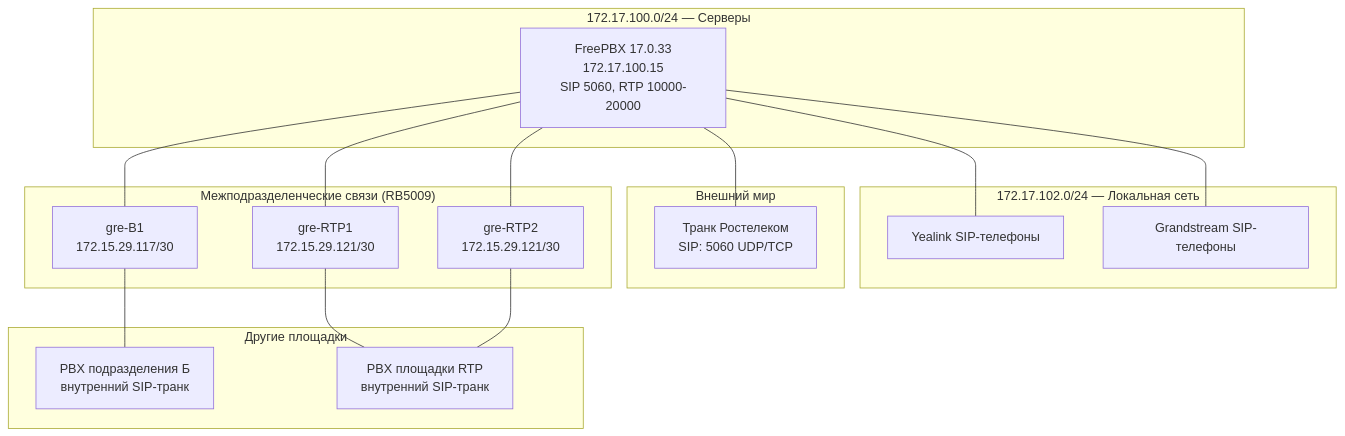
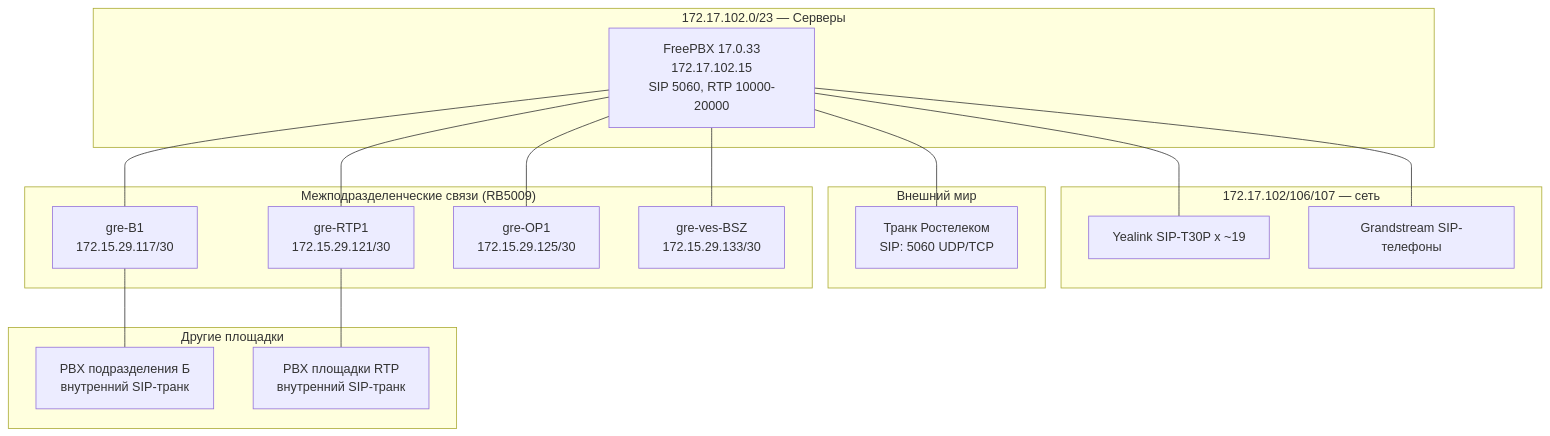
The diagram in voip.md (pbolkhovitin/bsz), drawn with Mermaid before and after one commit. The commit also changed other lines of this file and 16 other files, not shown here.

````diff
--- a/voip.md
+++ b/voip.md
@@ -11,36 +11,37 @@
 ```mermaid
 graph TB
-    subgraph PBX["172.17.100.0/24 — Серверы"]
-        FREEPBX[FreePBX 17.0.33<br/>172.17.100.15<br/>SIP 5060, RTP 10000-20000]
+    subgraph PBX["172.17.102.0/23 — Серверы"]
+        FREEPBX[FreePBX 17.0.33<br/>172.17.102.15<br/>SIP 5060, RTP 10000-20000]
     end
 
-    subgraph LAN["172.17.102.0/24 — Локальная сеть"]
-        YE[Yealink SIP-телефоны]
+    subgraph LAN["172.17.102/106/107 — сеть"]
+        YE[Yealink SIP-T30P x ~19]
         GS[Grandstream SIP-телефоны]
     end
 
     subgraph ROSTELEKOM["Внешний мир"]
         PSTN[Транк Ростелеком<br/>SIP: 5060 UDP/TCP]
     end
 
     subgraph GRE["Межподразделенческие связи (RB5009)"]
         GRE1[gre-B1<br/>172.15.29.117/30]
         GRE2[gre-RTP1<br/>172.15.29.121/30]
-        GRE3[gre-RTP2<br/>172.15.29.121/30]
+        GRE3[gre-OP1<br/>172.15.29.125/30]
+        GRE4[gre-ves-BSZ<br/>172.15.29.133/30]
     end
 
     subgraph OTHER_PBX["Другие площадки"]
         PBX_B[PBX подразделения Б<br/>внутренний SIP-транк]
         PBX_RTP[PBX площадки RTP<br/>внутренний SIP-транк]
     end
 
     FREEPBX --- YE
     FREEPBX --- GS
     FREEPBX --- PSTN
     FREEPBX --- GRE1
     FREEPBX --- GRE2
     FREEPBX --- GRE3
+    FREEPBX --- GRE4
     GRE1 --- PBX_B
     GRE2 --- PBX_RTP
-    GRE3 --- PBX_RTP
 ```
````
